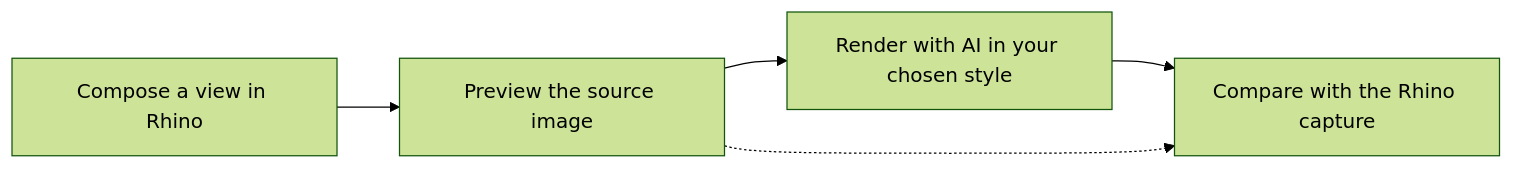
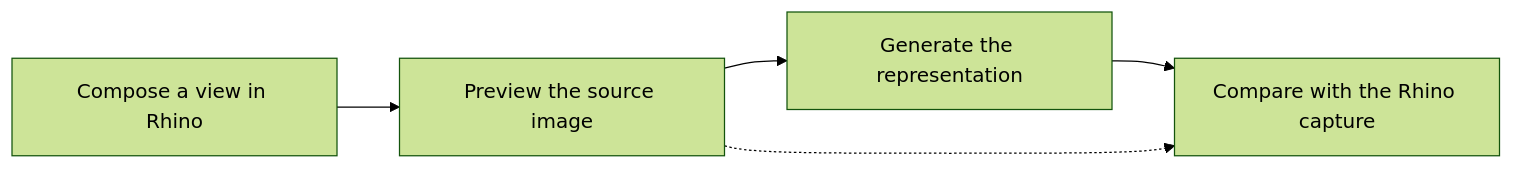
Before and after one commit to PascalNun/VisoLoom: the diagram in README.md, drawn with Mermaid (forest theme). The commit also changed other lines of this file, not shown here.

Commit message:
Explain generative representation and local image editing

````diff
--- a/README.md
+++ b/README.md
@@ -11,7 +11,7 @@
 ```mermaid
 flowchart LR
     view["Compose a view in Rhino"] --> preview["Preview the source image"]
-    preview --> render["Render with AI in your chosen style"]
+    preview --> render["Generate the representation"]
     render --> compare["Compare with the Rhino capture"]
     preview -.-> compare
 ```
````
